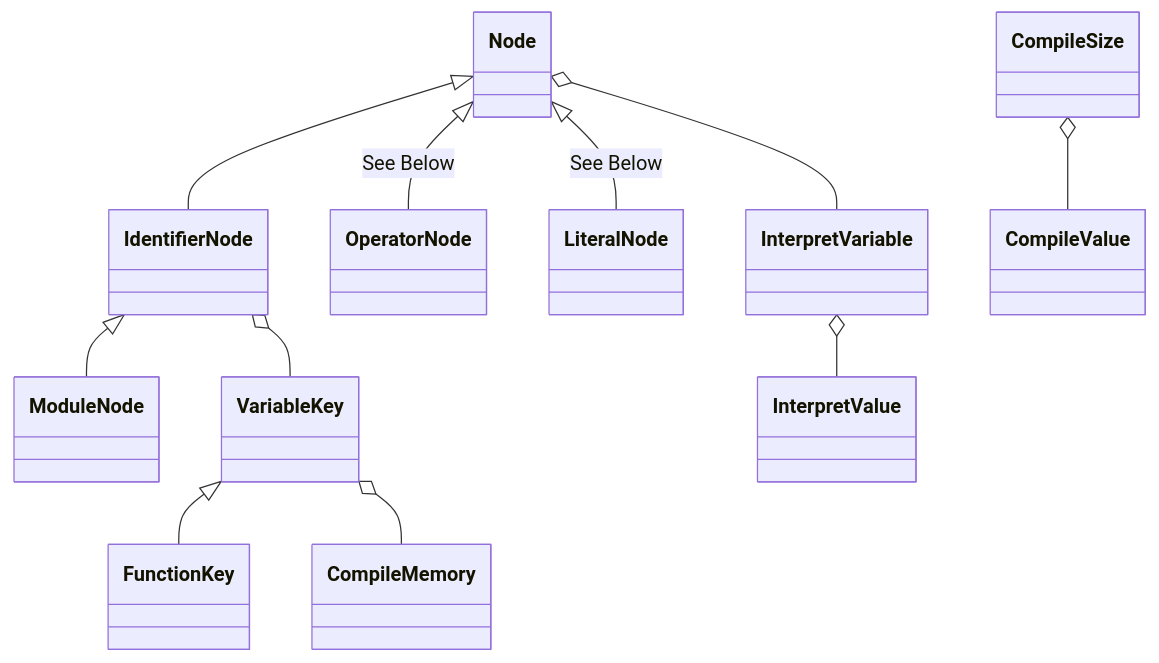
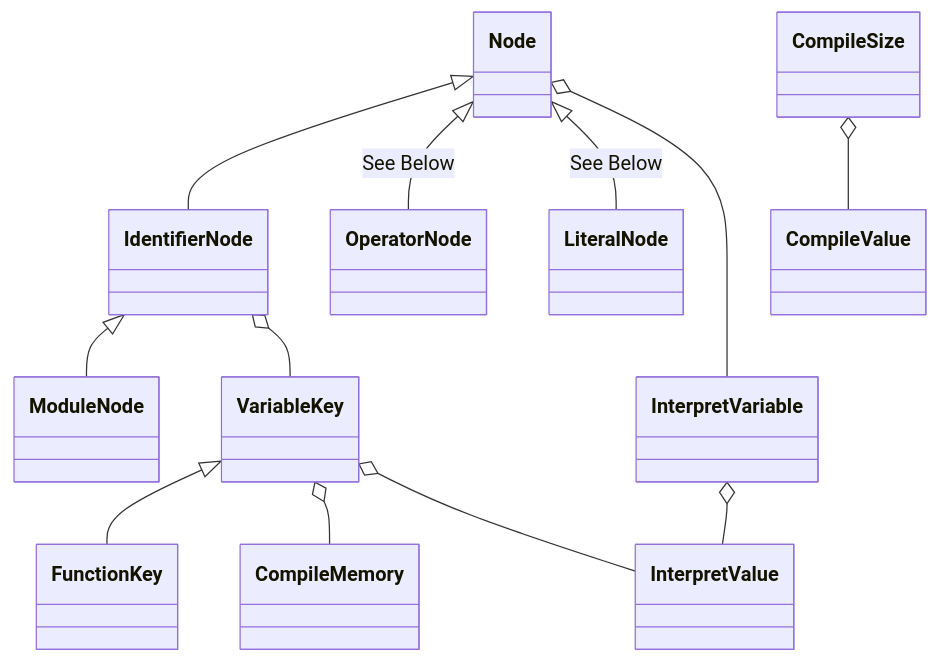
One commit to Jzhyang1/Monomer changed the first of 4 diagrams in README.md. Above: the diagram before and after it, drawn with Mermaid. The commit also changed other lines of this file, not shown here.

````diff
--- a/README.md
+++ b/README.md
@@ -239,13 +239,14 @@
 ```mermaid
 classDiagram
 Node <|-- IdentifierNode
 Node <|-- OperatorNode: See Below
 Node <|-- LiteralNode: See Below
 Node o-- InterpretVariable
 IdentifierNode <|-- ModuleNode
 IdentifierNode o-- VariableKey
 VariableKey <|-- FunctionKey
 VariableKey o-- CompileMemory
+VariableKey o-- InterpretValue
 InterpretVariable o-- InterpretValue
 CompileSize o-- CompileValue
 ```
````
